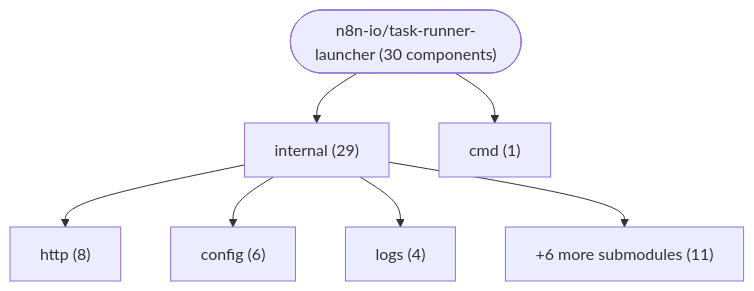
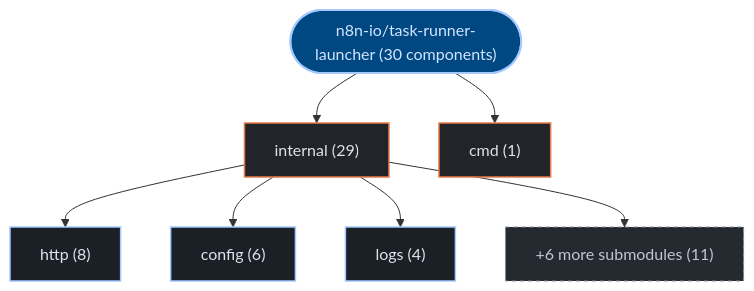
The first of 3 diagrams in exports/latest/reports/n8n-io-task-runner-launcher-report.md (kumarshaz/atruss-code-atlas), drawn with Mermaid before and after one commit. The commit also changed other lines of this file and 331 other files, not shown here.

Commit message:
docs,ui,fix: update SDLC docs, reorder CI/CD DAG first, stylize Mermaid, and fix Arc42 pipeline topology

````diff
--- a/exports/latest/reports/n8n-io-task-runner-launcher-report.md
+++ b/exports/latest/reports/n8n-io-task-runner-launcher-report.md
@@ -42,16 +42,23 @@
 ```mermaid
 graph TD;
-    repo_root(["n8n-io/task-runner-launcher (30 components)"])
-    dir_0_internal["internal (29)"]
+  classDef atlasRoot fill:#004882,stroke:#a3c9ff,stroke-width:2px,color:#d3e4ff
+  classDef atlasCategory fill:#212428,stroke:#E87A48,stroke-width:1.5px,color:#dfe3eb
+  classDef atlasWorkflow fill:#1b2026,stroke:#a3c9ff,stroke-width:1.5px,color:#dfe3eb
+  classDef atlasJob fill:#171c22,stroke:#8d9199,stroke-width:1px,color:#dfe3eb
+  classDef atlasTarget fill:#005227,stroke:#8bd99b,stroke-width:1.5px,color:#a7f6b6
+  classDef atlasAlert fill:#93000a,stroke:#ffb4ab,stroke-width:1.5px,color:#ffdad6
+  classDef atlasMore fill:#252a31,stroke:#8d9199,stroke-dasharray:4 4,color:#c3c6cf
+    repo_root(["n8n-io/task-runner-launcher (30 components)"]):::atlasRoot
+    dir_0_internal["internal (29)"]:::atlasCategory
     repo_root --> dir_0_internal
-    sub_0_0_http["http (8)"]
+    sub_0_0_http["http (8)"]:::atlasWorkflow
     dir_0_internal --> sub_0_0_http
-    sub_0_1_config["config (6)"]
+    sub_0_1_config["config (6)"]:::atlasWorkflow
     dir_0_internal --> sub_0_1_config
-    sub_0_2_logs["logs (4)"]
+    sub_0_2_logs["logs (4)"]:::atlasWorkflow
     dir_0_internal --> sub_0_2_logs
-    sub_0_more["+6 more submodules (11)"]
+    sub_0_more["+6 more submodules (11)"]:::atlasMore
     dir_0_internal --> sub_0_more
-    dir_1_cmd["cmd (1)"]
+    dir_1_cmd["cmd (1)"]:::atlasCategory
     repo_root --> dir_1_cmd
 ```
````
